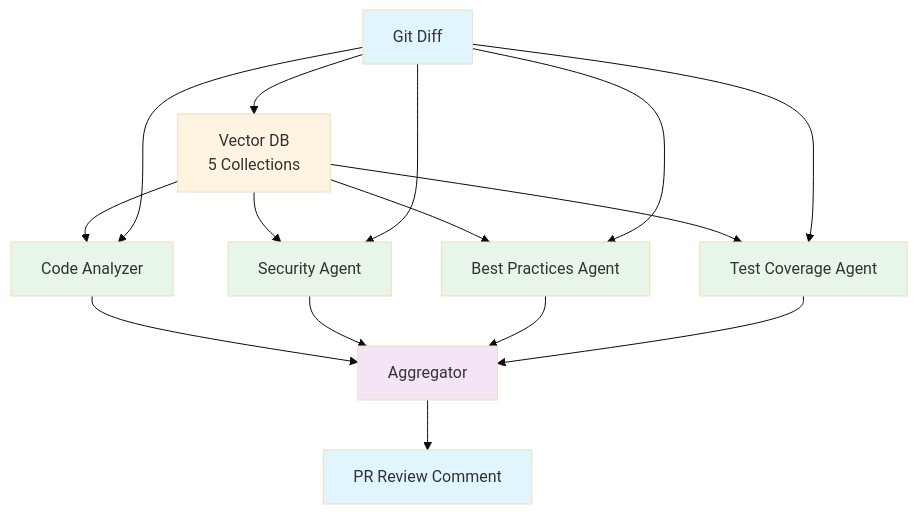
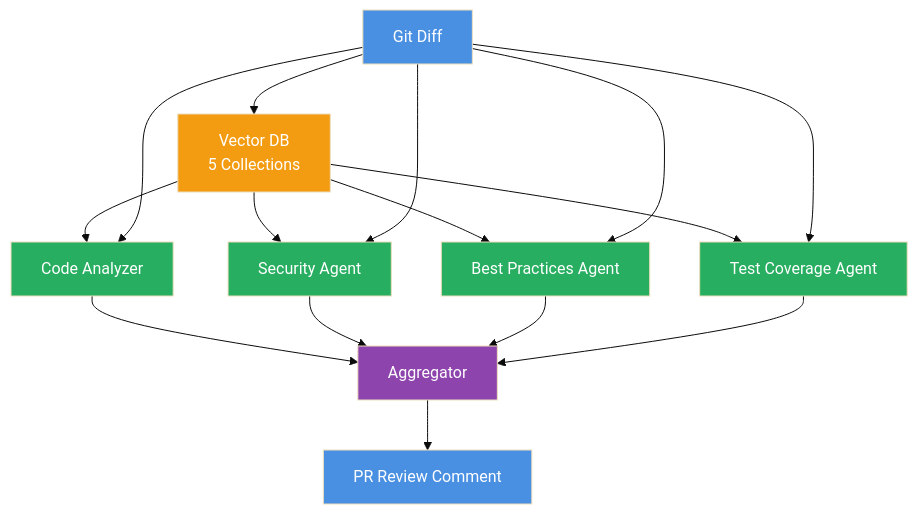
One commit to balazsthomay/code-review changed the diagram in README.md. Above: the diagram before and after it, drawn with Mermaid (base theme).

Commit message:
polished readme

````diff
--- a/README.md
+++ b/README.md
@@ -7,30 +7,30 @@
 ```mermaid
 flowchart TD
     Input[Git Diff] --> RAG[Vector DB<br/>5 Collections]
 
     RAG --> Agent1[Code Analyzer]
     RAG --> Agent2[Security Agent]
     RAG --> Agent3[Best Practices Agent]
     RAG --> Agent4[Test Coverage Agent]
 
     Input --> Agent1
     Input --> Agent2
     Input --> Agent3
     Input --> Agent4
 
     Agent1 --> Aggregator[Aggregator]
     Agent2 --> Aggregator
     Agent3 --> Aggregator
     Agent4 --> Aggregator
 
     Aggregator --> Output[PR Review Comment]
 
-    style Input fill:#e1f5ff
-    style RAG fill:#fff4e1
-    style Agent1 fill:#e8f5e9
-    style Agent2 fill:#e8f5e9
-    style Agent3 fill:#e8f5e9
-    style Agent4 fill:#e8f5e9
-    style Aggregator fill:#f3e5f5
-    style Output fill:#e1f5ff
+    style Input fill:#4A90E2,color:#fff
+    style RAG fill:#F39C12,color:#fff
+    style Agent1 fill:#27AE60,color:#fff
+    style Agent2 fill:#27AE60,color:#fff
+    style Agent3 fill:#27AE60,color:#fff
+    style Agent4 fill:#27AE60,color:#fff
+    style Aggregator fill:#8E44AD,color:#fff
+    style Output fill:#4A90E2,color:#fff
 ```
````
